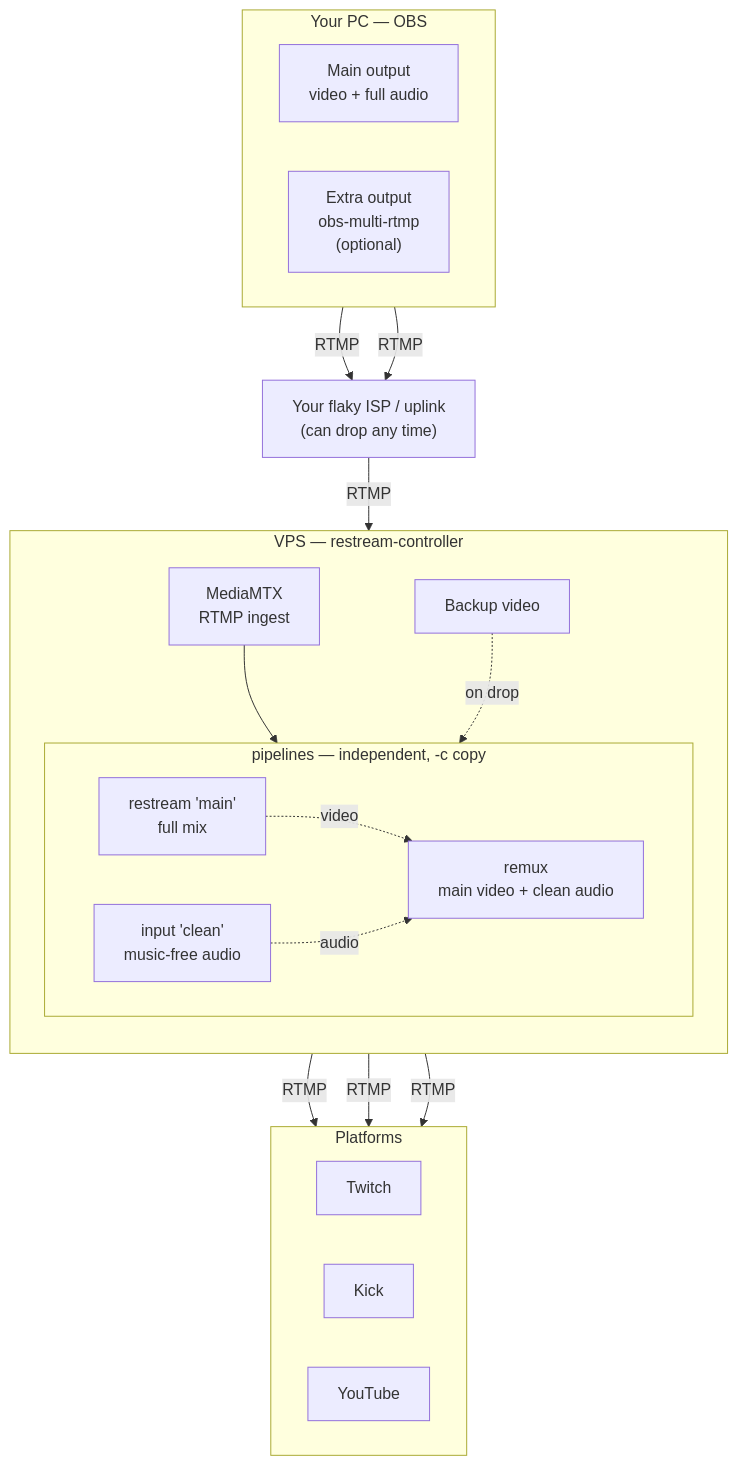
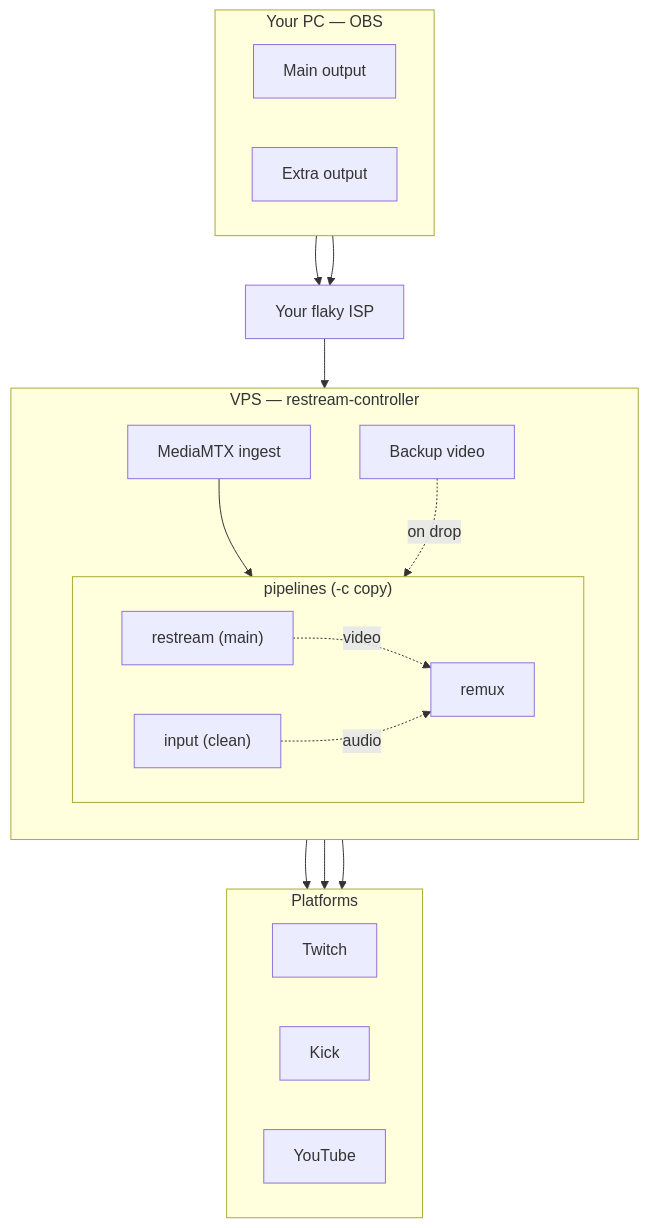
Before and after one commit to stalexteam/restream: the diagram in README.md, drawn with Mermaid. The commit also changed other lines of this file, not shown here.

````diff
--- a/README.md
+++ b/README.md
@@ -3,41 +3,36 @@
 ```mermaid
 flowchart TB
   subgraph PC["Your PC — OBS"]
     direction LR
-    M["Main output<br/>video + full audio"]
-    X["Extra output<br/>obs-multi-rtmp<br/>(optional)"]
+    M["Main output"]
+    X["Extra output"]
   end
-
-  NET["Your flaky ISP / uplink<br/>(can drop any time)"]
-
+  NET["Your flaky ISP"]
   subgraph VPS["VPS — restream-controller"]
     direction TB
-    I["MediaMTX<br/>RTMP ingest"]
+    I["MediaMTX ingest"]
     BK["Backup video"]
-    subgraph PIPES["pipelines — independent, -c copy"]
+    subgraph PIPES["pipelines (-c copy)"]
       direction LR
-      P1["restream 'main'<br/>full mix"]
-      P2["input 'clean'<br/>music-free audio"]
-      P3["remux<br/>main video + clean audio"]
+      P1["restream (main)"]
+      P2["input (clean)"]
+      P3["remux"]
       P1 -. video .-> P3
       P2 -. audio .-> P3
     end
     I --> PIPES
     BK -. on drop .-> PIPES
   end
-
   subgraph PLAT["Platforms"]
     direction LR
     T["Twitch"]
     K["Kick"]
     Y["YouTube"]
   end
-
-  M -- RTMP --> NET
-  X -- RTMP --> NET
-  NET -- RTMP --> I
-
-  P1 -- RTMP --> T
-  P1 -- RTMP --> K
-  P3 -- RTMP --> Y
+  M --> NET
+  X --> NET
+  NET --> I
+  P1 --> T
+  P1 --> K
+  P3 --> Y
 ```
````
